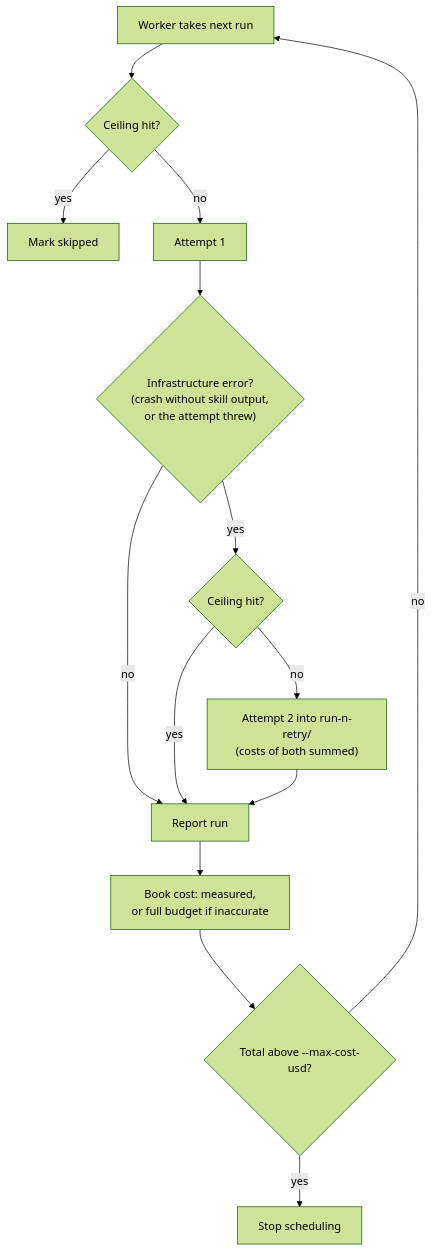
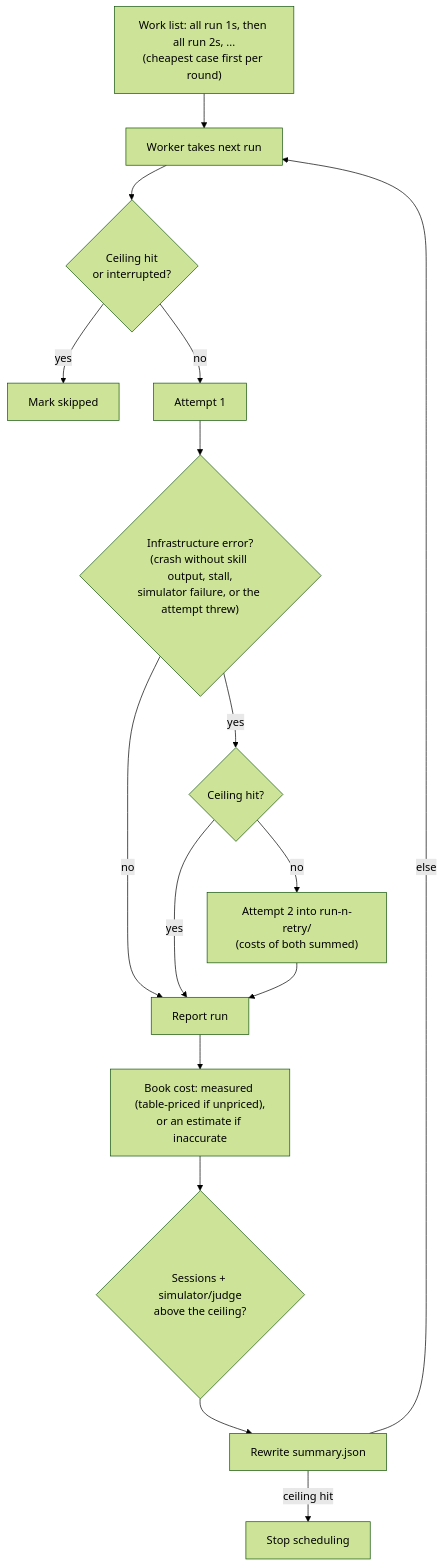
One commit to rse/ase-eval changed the fourth of 8 diagrams in ARCHITECTURE.md. Above: the diagram before and after it, drawn with Mermaid (forest theme). The commit also changed other lines of this file and 15 other files, not shown here.

````diff
--- a/ARCHITECTURE.md
+++ b/ARCHITECTURE.md
@@ -70,15 +70,17 @@
 ```mermaid
 flowchart TD
-    W["Worker takes next run"] --> AB{"Ceiling hit?"}
+    Q["Work list: all run 1s, then all run 2s, ...<br/>(cheapest case first per round)"] --> W
+    W["Worker takes next run"] --> AB{"Ceiling hit<br/>or interrupted?"}
     AB -->|yes| SK["Mark skipped"]
     AB -->|no| AT["Attempt 1"]
-    AT --> IN{"Infrastructure error?<br/>(crash without skill output,<br/>or the attempt threw)"}
+    AT --> IN{"Infrastructure error?<br/>(crash without skill output, stall,<br/>simulator failure, or the attempt threw)"}
     IN -->|no| DONE["Report run"]
     IN -->|yes| CE{"Ceiling hit?"}
     CE -->|yes| DONE
     CE -->|no| AT2["Attempt 2 into run-n-retry/<br/>(costs of both summed)"] --> DONE
-    DONE --> BK["Book cost: measured,<br/>or full budget if inaccurate"]
-    BK --> CH{"Total above --max-cost-usd?"}
-    CH -->|yes| STOP["Stop scheduling"]
-    CH -->|no| W
+    DONE --> BK["Book cost: measured (table-priced if unpriced),<br/>or an estimate if inaccurate"]
+    BK --> CH{"Sessions + simulator/judge<br/>above the ceiling?"}
+    CH --> SW["Rewrite summary.json"]
+    SW -->|ceiling hit| STOP["Stop scheduling"]
+    SW -->|else| W
 ```
````
